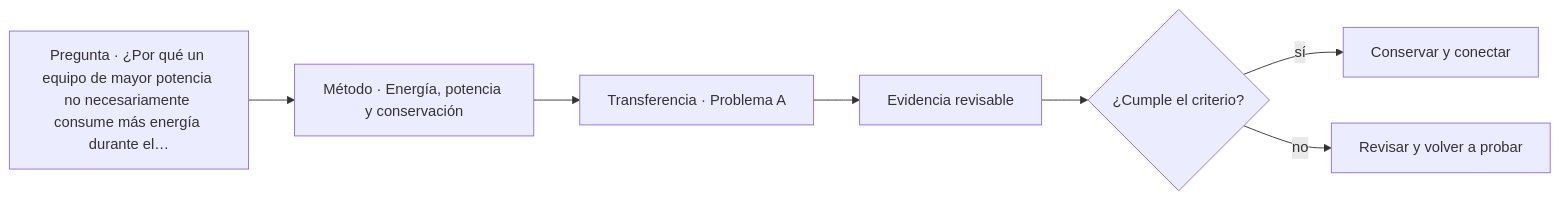
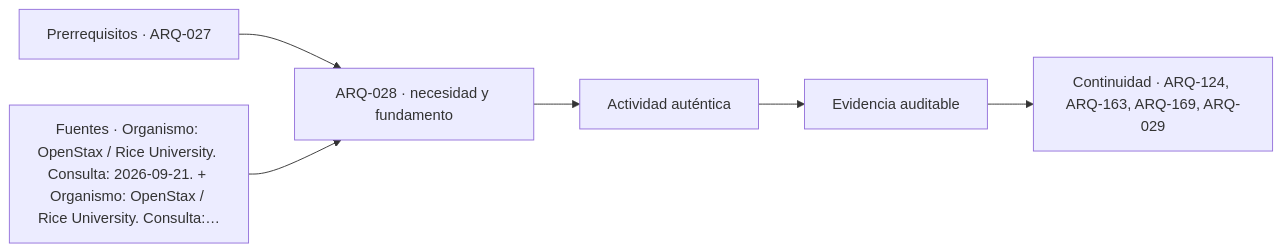
Before and after one commit to vladimiracunadev-create/architecture-built-environment-learning-program: the diagram in classes/parte-03/ARQ-028.md, drawn with Mermaid. The commit also changed other lines of this file and 761 other files, not shown here.

````diff
--- a/classes/parte-03/ARQ-028.md
+++ b/classes/parte-03/ARQ-028.md
@@ -153,9 +165,8 @@
 ```mermaid
 flowchart LR
-    Q["Pregunta · ¿Por qué un equipo de mayor potencia no necesariamente consume más energía durante el…"] --> M["Método · Energía, potencia y conservación"]
-    M --> P["Transferencia · Problema A"]
-    P --> E["Evidencia revisable"]
-    E --> C{"¿Cumple el criterio?"}
-    C -->|sí| T["Conservar y conectar"]
-    C -->|no| R["Revisar y volver a probar"]
+    A["Prerrequisitos · ARQ-027"] --> B["ARQ-028 · necesidad y fundamento"]
+    S["Fuentes · Organismo: OpenStax / Rice University. Consulta: 2026-09-21. + Organismo: OpenStax / Rice University. Consulta:…"] --> B
+    B --> C["Actividad auténtica"]
+    C --> D["Evidencia auditable"]
+    D --> E["Continuidad · ARQ-124, ARQ-163, ARQ-169, ARQ-029"]
 ```
````
